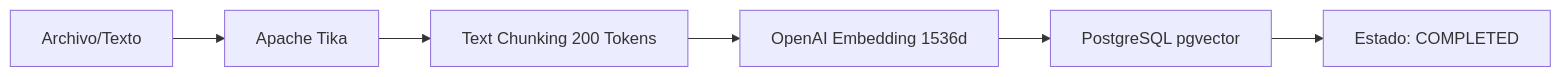
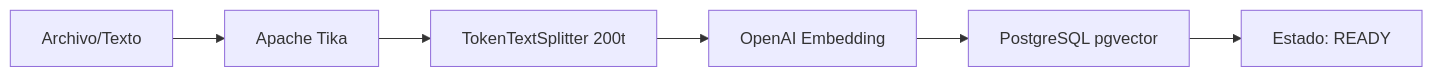
One commit to JoshRivas313/DocuCanvas changed the first of 2 diagrams in README.md. Above: the diagram before and after it, drawn with Mermaid. The commit also changed other lines of this file, not shown here.

````diff
--- a/README.md
+++ b/README.md
@@ -78,8 +49,8 @@
 ```mermaid
 graph LR
     A[Archivo/Texto] --> B[Apache Tika]
-    B --> C[Text Chunking 200 Tokens]
-    C --> D[OpenAI Embedding 1536d]
+    B --> C[TokenTextSplitter 200t]
+    C --> D[OpenAI Embedding]
     D --> E[PostgreSQL pgvector]
-    E --> F[Estado: COMPLETED]
+    E --> F[Estado: READY]
 ```
````
